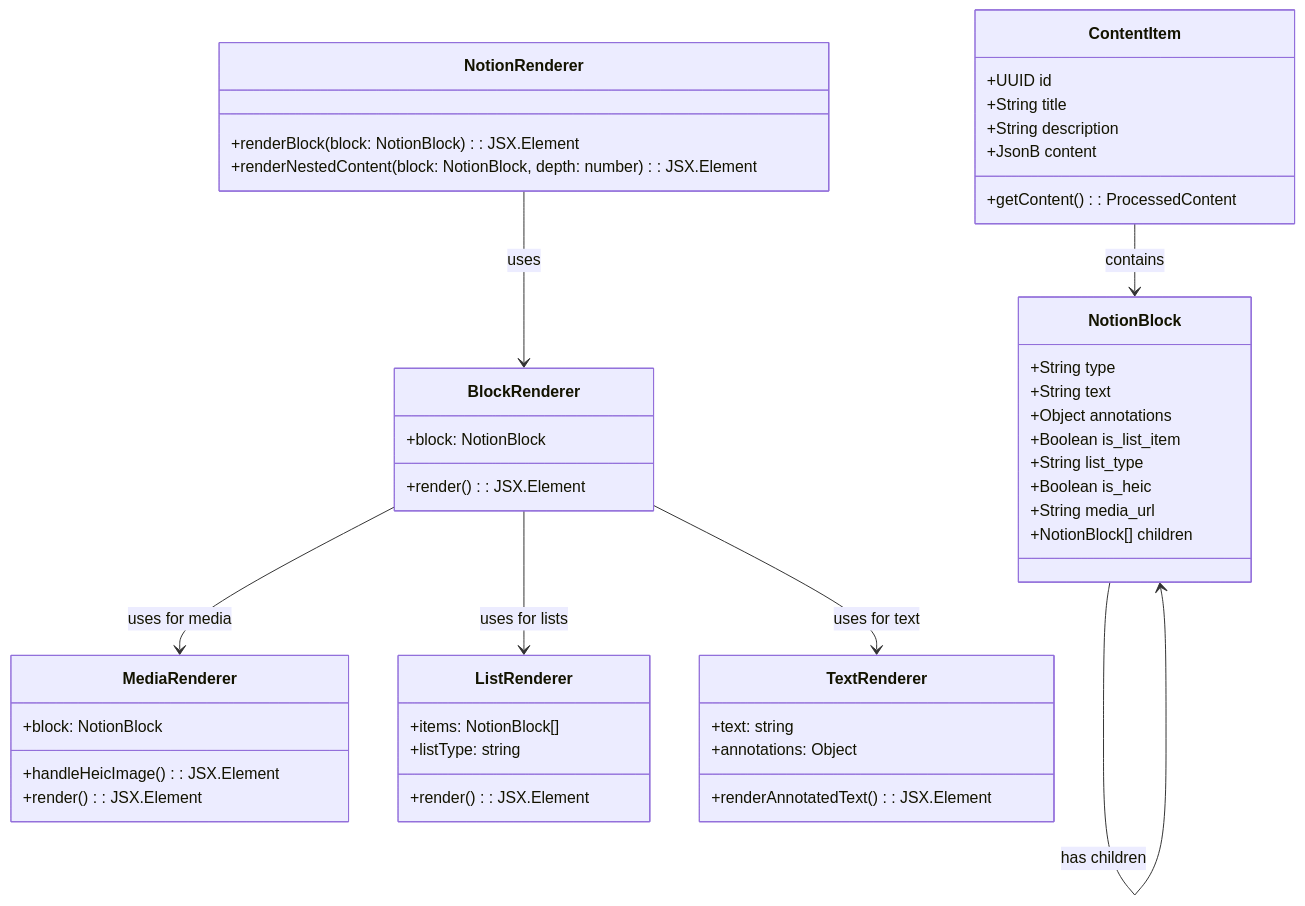
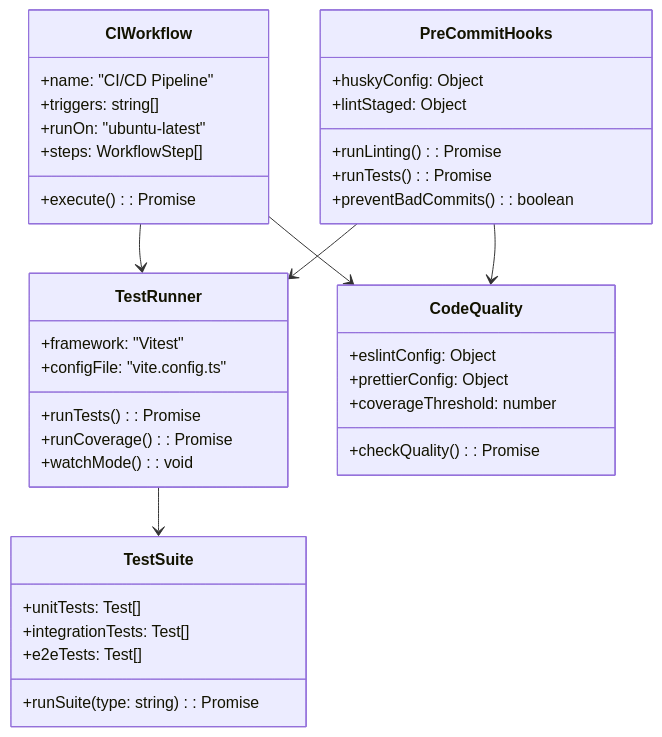
The sixth of 6 diagrams in docs/CLASS_DIAGRAMS.md (quinticechen/vista), drawn with Mermaid before and after one commit. The commit also changed other lines of this file and 4 other files, not shown here.

````diff
--- a/docs/CLASS_DIAGRAMS.md
+++ b/docs/CLASS_DIAGRAMS.md
@@ -360,56 +541,46 @@
 ```mermaid
 classDiagram
-    class ContentItem {
-        +UUID id
-        +String title
-        +String description
-        +JsonB content
-        +getContent(): ProcessedContent
+    class TestRunner {
+        +framework: "Vitest"
+        +configFile: "vite.config.ts"
+        +runTests(): Promise<TestResult>
+        +runCoverage(): Promise<CoverageReport>
+        +watchMode(): void
     }
 
-    class NotionBlock {
-        +String type
-        +String text
-        +Object annotations
-        +Boolean is_list_item
-        +String list_type
-        +Boolean is_heic
-        +String media_url
-        +NotionBlock[] children
+    class CIWorkflow {
+        +name: "CI/CD Pipeline"
+        +triggers: string[]
+        +runOn: "ubuntu-latest"
+        +steps: WorkflowStep[]
+        +execute(): Promise<WorkflowResult>
     }
 
-    class NotionRenderer {
-        +renderBlock(block: NotionBlock): JSX.Element
-        +renderNestedContent(block: NotionBlock, depth: number): JSX.Element
+    class PreCommitHooks {
+        +huskyConfig: Object
+        +lintStaged: Object
+        +runLinting(): Promise<boolean>
+        +runTests(): Promise<boolean>
+        +preventBadCommits(): boolean
     }
 
-    class BlockRenderer {
-        +block: NotionBlock
-        +render(): JSX.Element
+    class TestSuite {
+        +unitTests: Test[]
+        +integrationTests: Test[]
+        +e2eTests: Test[]
+        +runSuite(type: string): Promise<TestResult[]>
     }
 
-    class MediaRenderer {
-        +block: NotionBlock
-        +handleHeicImage(): JSX.Element
-        +render(): JSX.Element
+    class CodeQuality {
+        +eslintConfig: Object
+        +prettierConfig: Object
+        +coverageThreshold: number
+        +checkQuality(): Promise<QualityReport>
     }
 
-    class ListRenderer {
-        +items: NotionBlock[]
-        +listType: string
-        +render(): JSX.Element
-    }
-
-    class TextRenderer {
-        +text: string
-        +annotations: Object
-        +renderAnnotatedText(): JSX.Element
-    }
-
-    ContentItem --> NotionBlock: contains
-    NotionRenderer --> BlockRenderer: uses
-    BlockRenderer --> MediaRenderer: uses for media
-    BlockRenderer --> ListRenderer: uses for lists
-    BlockRenderer --> TextRenderer: uses for text
-    NotionBlock --> NotionBlock: has children
+    TestRunner --> TestSuite
+    CIWorkflow --> TestRunner
+    PreCommitHooks --> TestRunner
+    PreCommitHooks --> CodeQuality
+    CIWorkflow --> CodeQuality
 ```
````
